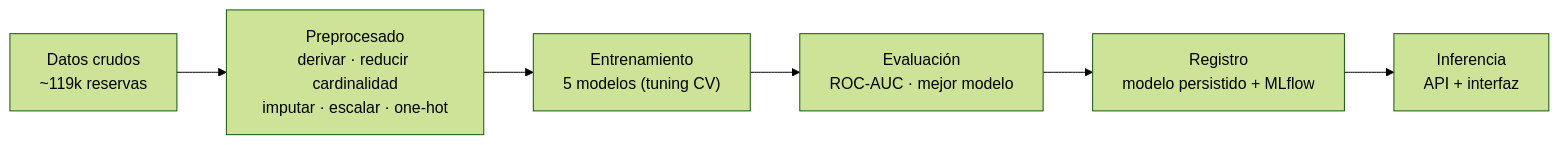
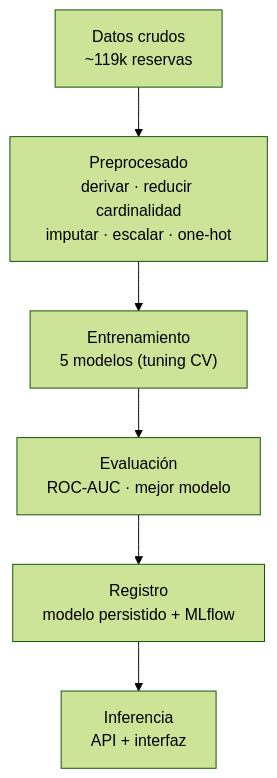
Before and after one commit to manupm87/pontia-ml: the first of 2 diagrams in docs/informe_final.md, drawn with Mermaid (forest theme). The commit also changed other lines of this file and 12 other files, not shown here.

````diff
--- a/docs/informe_final.md
+++ b/docs/informe_final.md
@@ -199,8 +233,8 @@
 ```mermaid
-flowchart LR
+flowchart TD
     D["Datos crudos<br/>~119k reservas"] --> P["Preprocesado<br/>derivar · reducir cardinalidad<br/>imputar · escalar · one-hot"]
     P --> T["Entrenamiento<br/>5 modelos (tuning CV)"]
     T --> E["Evaluación<br/>ROC-AUC · mejor modelo"]
     E --> R["Registro<br/>modelo persistido + MLflow"]
     R --> I["Inferencia<br/>API + interfaz"]
 ```
````
